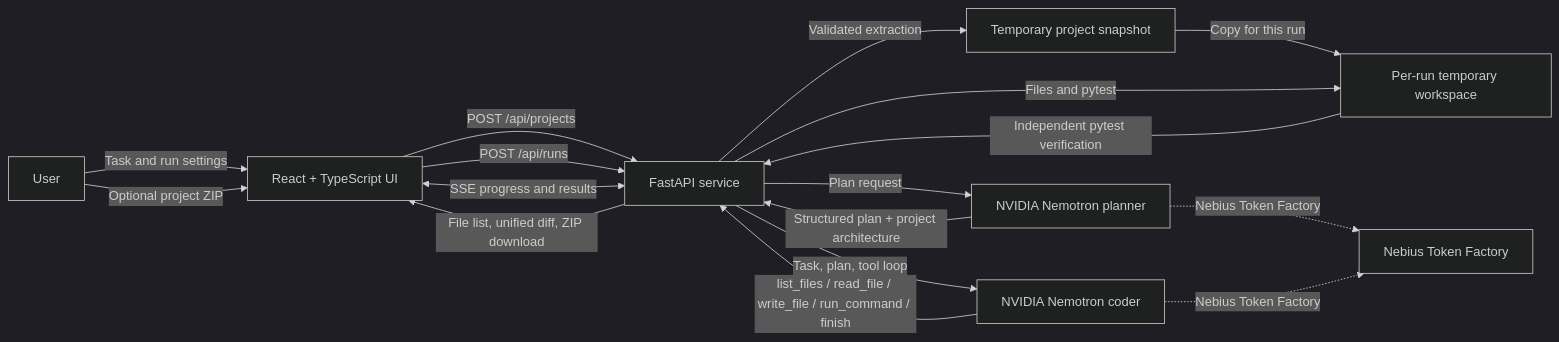
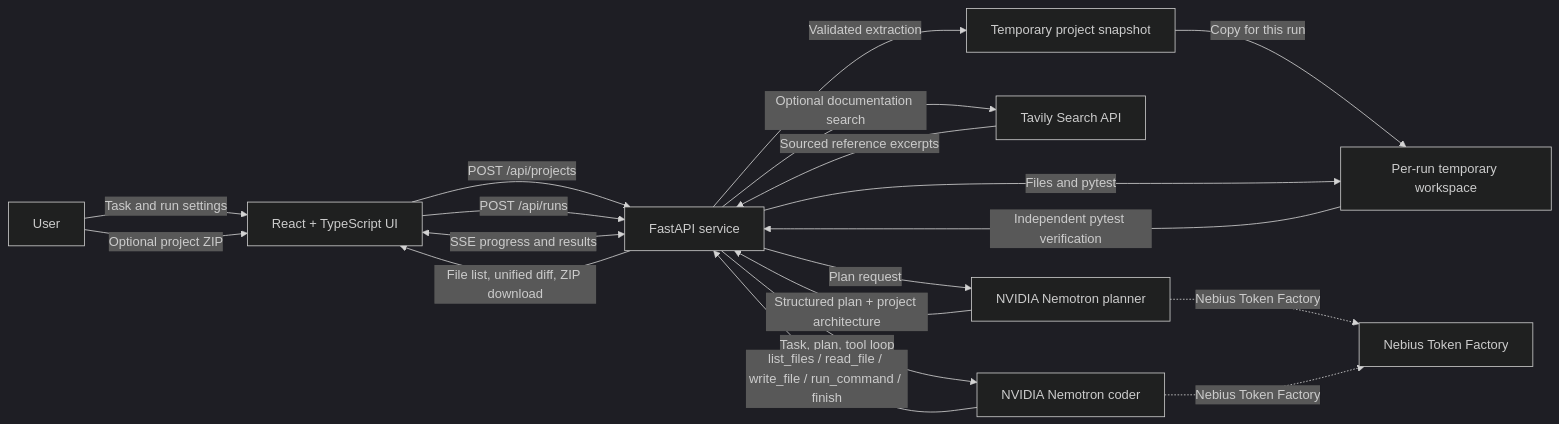
One commit to PrahasHegde/Patch_Pilot changed the diagram in README.md. Above: the diagram before and after it, drawn with Mermaid (dark theme). The commit also changed other lines of this file and 8 other files, not shown here.

````diff
--- a/README.md
+++ b/README.md
@@ -42,19 +45,21 @@
 ```mermaid
 flowchart LR
     U[User] -->|Task and run settings| UI[React + TypeScript UI]
     U -->|Optional project ZIP| UI
     UI -->|POST /api/projects| API[FastAPI service]
     API -->|Validated extraction| S[Temporary project snapshot]
     UI -->|POST /api/runs| API[FastAPI service]
     UI <-->|SSE progress and results| API
+    API -->|Optional documentation search| T[Tavily Search API]
+    T -->|Sourced reference excerpts| API
     API -->|Plan request| P[NVIDIA Nemotron planner]
     P -->|Structured plan + project architecture| API
     API -->|Task, plan, tool loop| C[NVIDIA Nemotron coder]
     C -->|list_files / read_file / write_file / run_command / finish| API
     S -->|Copy for this run| W[Per-run temporary workspace]
     API -->|Files and pytest| W
     W -->|Independent pytest verification| API
     API -->|File list, unified diff, ZIP download| UI
     P -. Nebius Token Factory .-> N[Nebius Token Factory]
     C -. Nebius Token Factory .-> N
 ```
````
